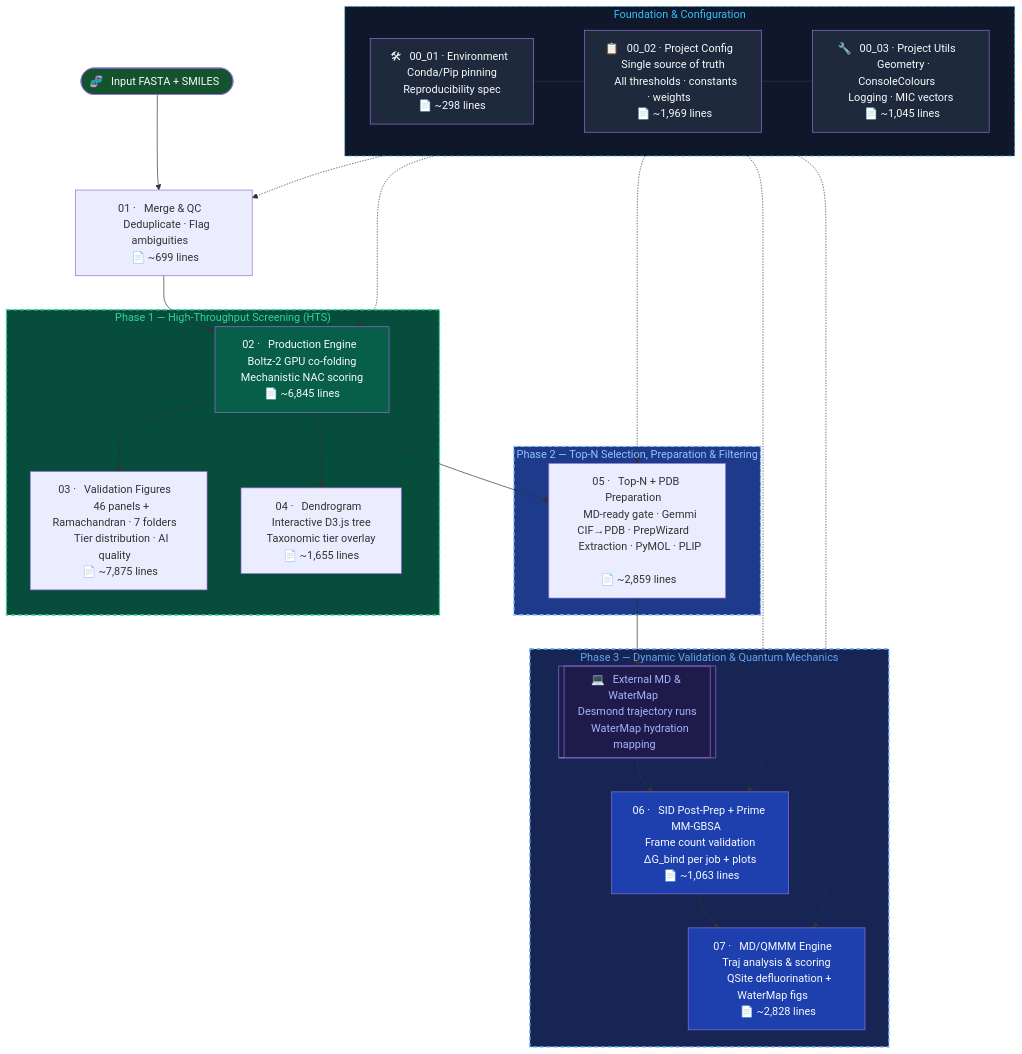
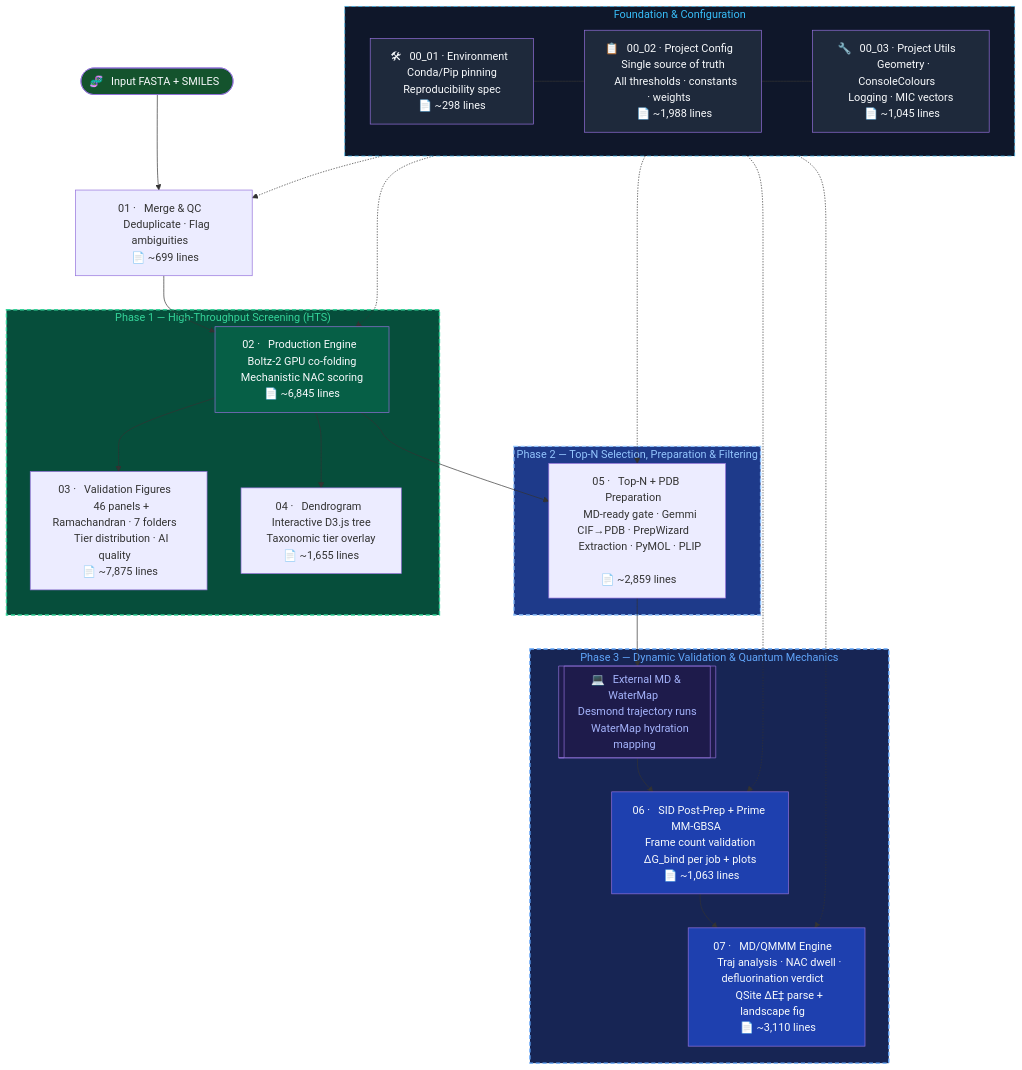
One commit to KU-MGB/DeFluorX changed the diagram in README.md. Above: the diagram before and after it, drawn with Mermaid. The commit also changed other lines of this file and 2 other files, not shown here.

First paragraph of the commit message:
feat(07): concrete defluorination verdict — NAC dwell (ns), parsed QM/MM barrier, propensity gate + landscape figure
Closes the scientific gap that binding (MM-GBSA) did not equal turnover. Step 07
now proves and ranks defluorination, not just affinity:

````diff
--- a/README.md
+++ b/README.md
@@ -189,56 +189,56 @@
 ```mermaid
 flowchart TD
     subgraph FOUNDATION["  Foundation & Configuration  "]
         ENV["🛠 &nbsp; 00_01 · Environment &nbsp; \n &nbsp; Conda/Pip pinning &nbsp; \n &nbsp; Reproducibility spec &nbsp; \n &nbsp; 📄 ~298 lines &nbsp; "]
-        CFG["📋 &nbsp; 00_02 · Project Config &nbsp; \n &nbsp; Single source of truth &nbsp; \n &nbsp; All thresholds · constants · weights &nbsp; \n &nbsp; 📄 ~1,969 lines &nbsp; "]
+        CFG["📋 &nbsp; 00_02 · Project Config &nbsp; \n &nbsp; Single source of truth &nbsp; \n &nbsp; All thresholds · constants · weights &nbsp; \n &nbsp; 📄 ~1,988 lines &nbsp; "]
         UTL["🔧 &nbsp; 00_03 · Project Utils &nbsp; \n &nbsp; Geometry · ConsoleColours &nbsp; \n &nbsp; Logging · MIC vectors &nbsp; \n &nbsp; 📄 ~1,045 lines &nbsp; "]
         ENV --- CFG --- UTL
     end
 
     START([🧬 &nbsp; Input FASTA + SMILES &nbsp;]) --> M1
     M1["01 · &nbsp; Merge & QC &nbsp; \n &nbsp; Deduplicate · Flag ambiguities &nbsp; \n &nbsp; 📄 ~699 lines &nbsp; "] --> M2
 
     subgraph PHASE1["  Phase 1 — High-Throughput Screening (HTS)  "]
         M2["02 · &nbsp; Production Engine &nbsp; \n &nbsp; Boltz-2 GPU co-folding &nbsp; \n &nbsp; Mechanistic NAC scoring &nbsp; \n &nbsp; 📄 ~6,845 lines &nbsp; "]
         M3["03 · &nbsp; Validation Figures &nbsp; \n &nbsp; 46 panels + Ramachandran · 7 folders &nbsp; \n &nbsp; Tier distribution · AI quality &nbsp; \n &nbsp; 📄 ~7,875 lines &nbsp; "]
         M4["04 · &nbsp; Dendrogram &nbsp; \n &nbsp; Interactive D3.js tree &nbsp; \n &nbsp; Taxonomic tier overlay &nbsp; \n &nbsp; 📄 ~1,655 lines &nbsp; "]
         M2 --> M3
         M2 --> M4
     end
 
     M2 --> M5
 
     subgraph PHASE2["  Phase 2 — Top-N Selection, Preparation & Filtering  "]
         M5["05 · &nbsp; Top-N + PDB Preparation &nbsp; \n &nbsp; MD-ready gate · Gemmi CIF→PDB · PrepWizard &nbsp; \n &nbsp; Extraction · PyMOL · PLIP &nbsp; \n &nbsp; 📄 ~2,859 lines &nbsp; "]
     end
 
     M5 --> EXT_MD
 
     subgraph PHASE3["  Phase 3 — Dynamic Validation & Quantum Mechanics  "]
         EXT_MD[["💻 &nbsp; External MD & WaterMap &nbsp; \n &nbsp; Desmond trajectory runs &nbsp; \n &nbsp; WaterMap hydration mapping &nbsp;"]]
         M6["06 · &nbsp; SID Post-Prep + Prime MM-GBSA &nbsp; \n &nbsp; Frame count validation &nbsp; \n &nbsp; ΔG_bind per job + plots &nbsp; \n &nbsp; 📄 ~1,063 lines &nbsp; "]
-        M7["07 · &nbsp; MD/QMMM Engine &nbsp; \n &nbsp; Traj analysis & scoring &nbsp; \n &nbsp; QSite defluorination + WaterMap figs &nbsp; \n &nbsp; 📄 ~2,828 lines &nbsp; "]
+        M7["07 · &nbsp; MD/QMMM Engine &nbsp; \n &nbsp; Traj analysis · NAC dwell · defluorination verdict &nbsp; \n &nbsp; QSite ΔE‡ parse + landscape fig &nbsp; \n &nbsp; 📄 ~3,110 lines &nbsp; "]
         EXT_MD --> M6 --> M7
     end
 
     %% Dependencies
     FOUNDATION -.-> M1
     FOUNDATION -.-> M2
     FOUNDATION -.-> M5
     FOUNDATION -.-> M6
     FOUNDATION -.-> M7
 
     style FOUNDATION fill:#0f172a,color:#38bdf8,stroke:#38bdf8
     style CFG fill:#1e293b,color:#f8fafc
     style UTL fill:#1e293b,color:#f8fafc
     style ENV fill:#1e293b,color:#f8fafc
     style PHASE1 fill:#064e3b,color:#34d399,stroke:#34d399,stroke-width:2px,stroke-dasharray: 6 4
     style PHASE2 fill:#1e3a8a,color:#93c5fd,stroke:#93c5fd,stroke-width:2px,stroke-dasharray: 6 4
     style PHASE3 fill:#172554,color:#60a5fa,stroke:#60a5fa,stroke-width:2px,stroke-dasharray: 6 4
     style FOUNDATION stroke-dasharray: 6 4
     style M2 fill:#065f46,color:#f8fafc
     style M6 fill:#1e40af,color:#f8fafc
     style M7 fill:#1e40af,color:#f8fafc
     style START fill:#14532d,color:#f8fafc
     style EXT_MD fill:#1e1b4b,color:#a5b4fc
 ```
````
